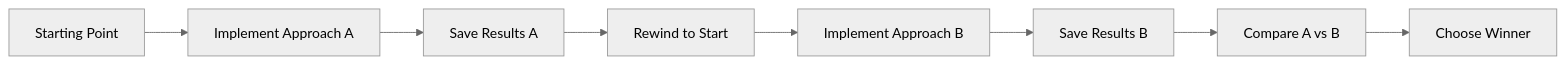
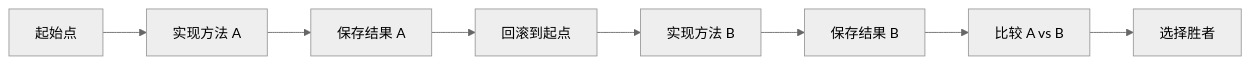
Before and after one commit to hellojoju/claude-code-lesson: the third of 7 diagrams in 08-checkpoints/README.md, drawn with Mermaid (neutral theme). The commit also changed other lines of this file and 9 other files, not shown here.

````diff
--- a/08-checkpoints/README.md
+++ b/08-checkpoints/README.md
@@ -305,10 +305,10 @@
 ```mermaid
 flowchart LR
-    A[Starting Point] --> B[Implement Approach A]
-    B --> C[Save Results A]
-    C --> D[Rewind to Start]
-    D --> E[Implement Approach B]
-    E --> F[Save Results B]
-    F --> G[Compare A vs B]
-    G --> H[Choose Winner]
+    A[起始点] --> B[实现方法 A]
+    B --> C[保存结果 A]
+    C --> D[回滚到起点]
+    D --> E[实现方法 B]
+    E --> F[保存结果 B]
+    F --> G[比较 A vs B]
+    G --> H[选择胜者]
 ```
````
